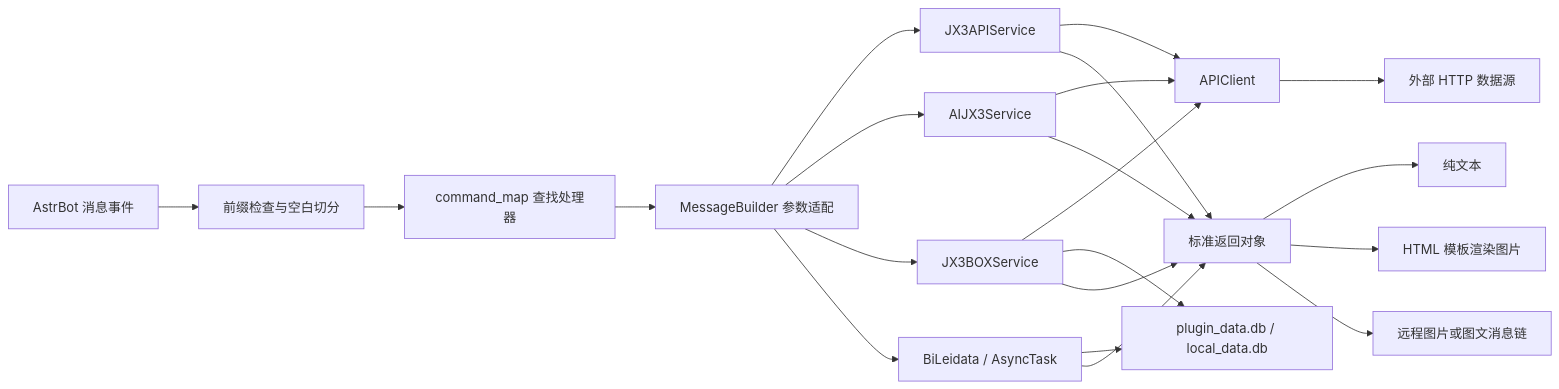
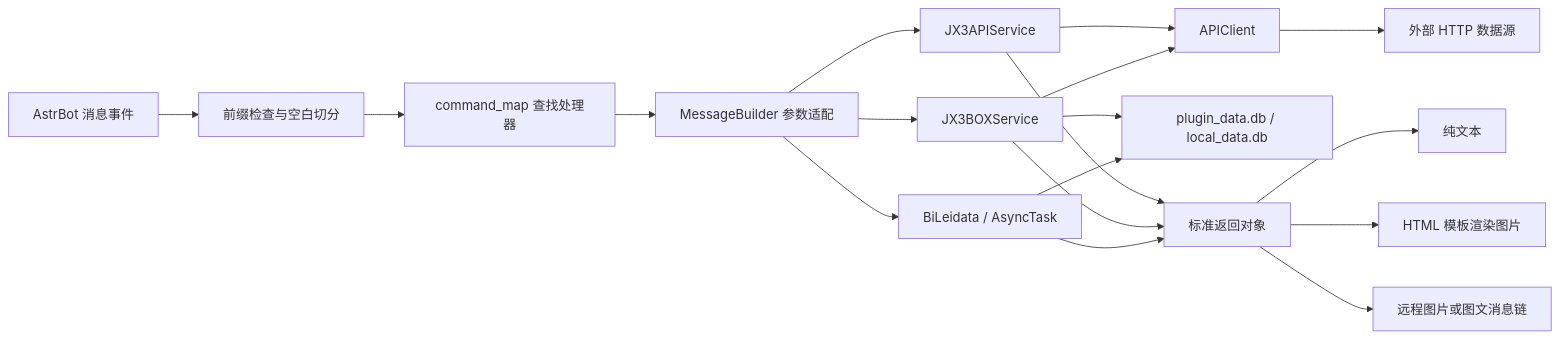
Before and after one commit to muqing-kg/astrbot_plugin_jx3: the diagram in README.md, drawn with Mermaid. The commit also changed other lines of this file and 21 other files, not shown here.

````diff
--- a/README.md
+++ b/README.md
@@ -286,23 +286,20 @@
 ```mermaid
 flowchart LR
     A["AstrBot 消息事件"] --> B["前缀检查与空白切分"]
     B --> C["command_map 查找处理器"]
     C --> D["MessageBuilder 参数适配"]
     D --> E1["JX3APIService"]
-    D --> E2["AIJX3Service"]
     D --> E3["JX3BOXService"]
     D --> E4["BiLeidata / AsyncTask"]
     E1 --> F["APIClient"]
-    E2 --> F
     E3 --> F
     F --> G["外部 HTTP 数据源"]
     E3 --> H["plugin_data.db / local_data.db"]
     E4 --> H
     E1 --> I["标准返回对象"]
-    E2 --> I
     E3 --> I
     E4 --> I
     I --> J1["纯文本"]
     I --> J2["HTML 模板渲染图片"]
     I --> J3["远程图片或图文消息链"]
 ```
````
